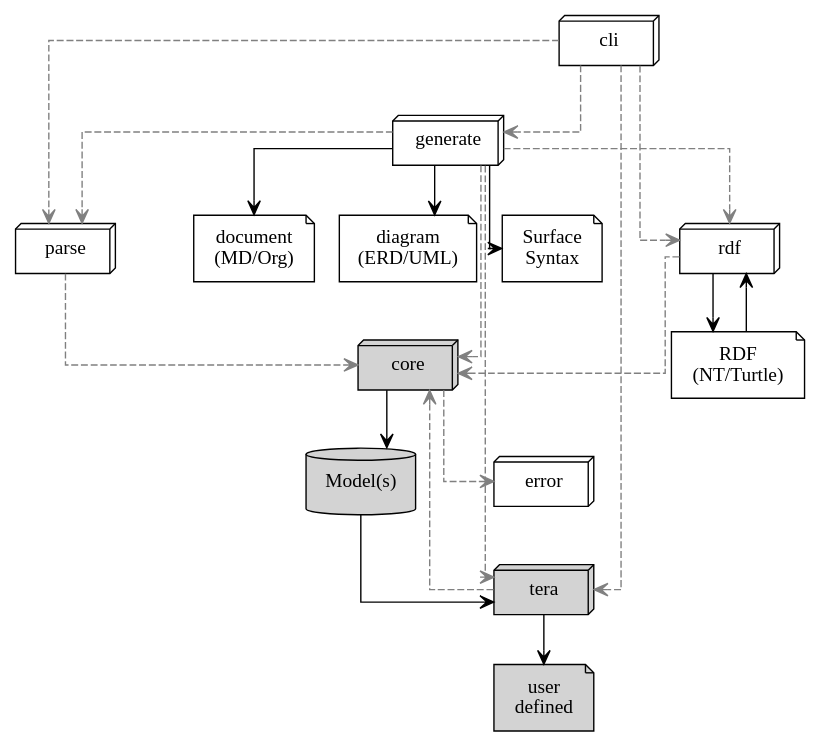
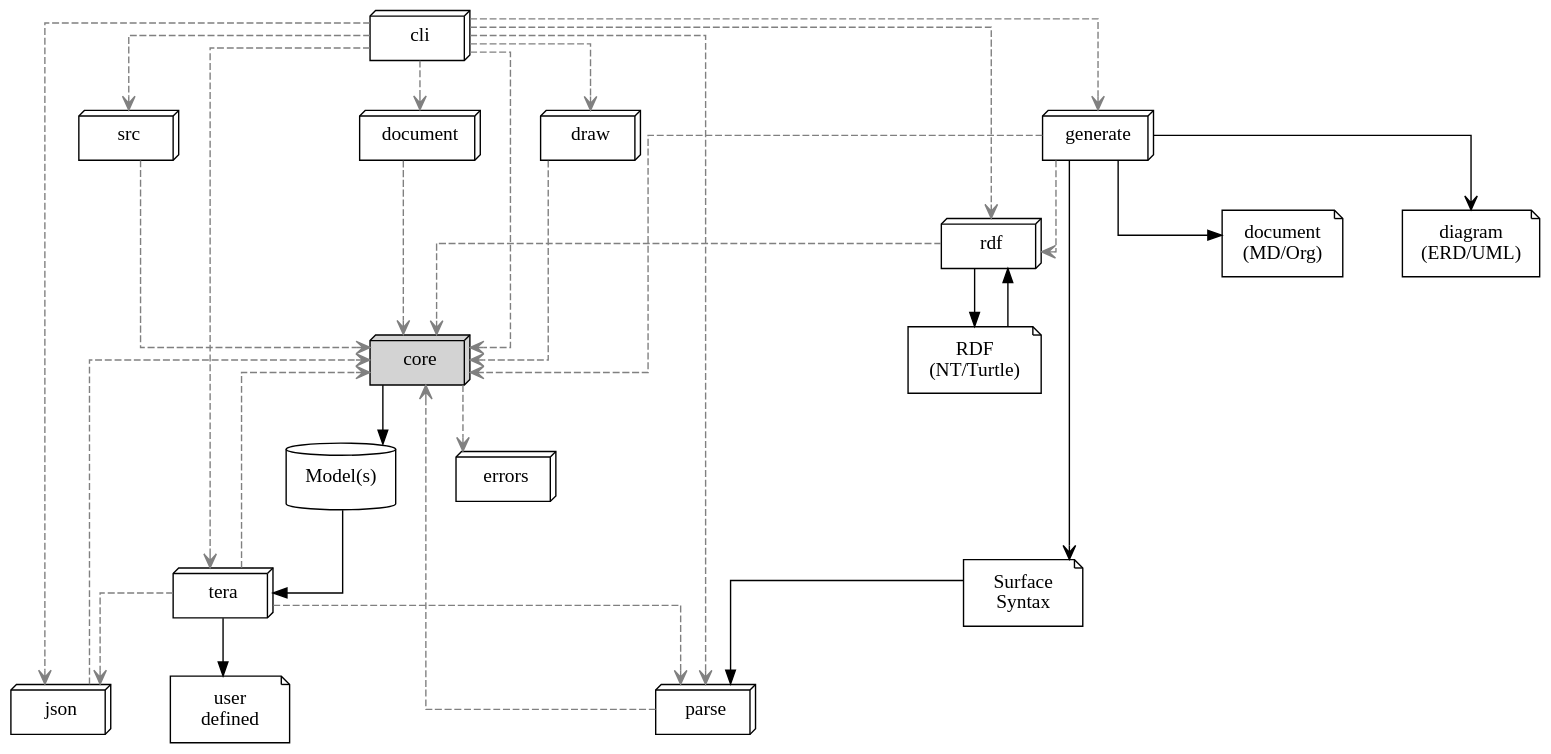
Before and after one commit to sdm-lang/rust-sdml: the diagram in doc/overview.dot, drawn with Graphviz. The commit also changed 13 other files, not shown here.

```diff
--- a/doc/overview.dot
+++ b/doc/overview.dot
@@ -1,49 +1,65 @@
 digraph G {
-  splines="ortho";
+    bgcolor="transparent";
+    rankdir="TD";
+    nodesep=0.6;
+    ranksep=0.5;
+    splines="ortho";
 
-  node [shape="box3d"; width=1.0];
-       // [style="filled"; fillcolor="lightgray"]
-  edge [arrowhead="vee"; style="dashed"; color="gray"]; 
-       // ; style="filled"; fillcolor="lightgray"
+    node [shape="box3d"; width=1.0];
+    // [style="filled"; fillcolor="lightgray"]
+    edge [arrowhead="vee"; style="dashed"; color="gray"];
+    // ; style="filled"; fillcolor="lightgray"
 
-  cli;
-  core [style="filled"; fillcolor="lightgray"];
-  error;
-  parse;
-  rdf;
-  generate;
-  tera [style="filled"; fillcolor="lightgray"];
+    cli;
+    core [style="filled"; fillcolor="lightgray"];
+    document;
+    draw;
+    errors;
+    generate;
+    json;
+    parse;
+    rdf;
+    src;
+    tera;
 
-  cli -> parse;
-  cli -> rdf;
-  cli -> generate;
-  cli -> tera
-  core -> error;
-  parse -> core;
-  rdf -> core;
-  generate -> core;
-  generate -> parse;
-  generate -> rdf;
-  generate -> tera;
-  tera -> core;
+    cli -> core;
+    cli -> document;
+    cli -> draw;
+    cli -> generate;
+    cli -> json;
+    cli -> parse;
+    cli -> rdf;
+    cli -> src;
+    cli -> tera
+    core -> errors;
+    document -> core;
+    draw -> core;
+    generate -> core;
+    generate -> rdf;
+    json -> core;
+    parse -> core;
+    rdf -> core;
+    src -> core;
+    tera -> core;
+    tera -> json;
+    tera -> parse;
 
-  sdml_source [label="Surface\nSyntax"; shape="note"; height=0.66];
-  rdf_source [label="RDF\n(NT/Turtle)"; shape="note"; height=0.66];
-  doc [label="document\n(MD/Org)"; shape="note"; height=0.66];
-  diagrams [label="diagram\n(ERD/UML)"; shape="note"; height=0.66];
-  other [label="user\ndefined"; shape="note"; height=0.66; style="filled"; fillcolor="lightgray"];
+    sdml_source [label="Surface\nSyntax"; shape="note"; width=1.2; height=0.66];
+    rdf_source [label="RDF\n(NT/Turtle)"; shape="note"; width=1.2; height=0.66];
+    doc [label="document\n(MD/Org)"; shape="note"; width=1.2; height=0.66];
+    diagrams [label="diagram\n(ERD/UML)"; shape="note";width=1.2; height=0.66];
+    other [label="user\ndefined"; shape="note"; width=1.2; height=0.66;];
+    model [label="Model(s)"; shape="cylinder"; width=1; height=0.66;];
 
-  model [label="Model(s)"; shape="cylinder"; height=0.66; style="filled"; fillcolor="lightgray"];
+    sdml_source -> parse [arrowhead="normal"; style="solid"; color="black"];
+    generate -> sdml_source [style="solid"; color="black"];
 
-  //sdml_source -> parse [style="solid"; color="black"];
-  generate -> sdml_source [style="solid"; color="black"];
+    rdf_source -> rdf [arrowhead="normal"; style="solid"; color="black"];
+    rdf -> rdf_source [arrowhead="normal"; style="solid"; color="black"];
+    generate -> doc [arrowhead="normal"; style="solid"; color="black"];
+    generate -> diagrams [style="solid"; color="black"];
 
-  rdf_source -> rdf [style="solid"; color="black"];
-  rdf -> rdf_source [style="solid"; color="black"];
-  generate -> doc [style="solid"; color="black"];
-  generate -> diagrams [style="solid"; color="black"];
-
-  core -> model [style="solid"; color="black"];
-  model -> tera [style="solid"; color="black"];
-  tera -> other [style="solid"; color="black"];
+    core -> model [arrowhead="normal"; style="solid"; color="black"];
+    model -> tera [arrowhead="normal"; style="solid"; color="black"];
+    tera -> other [arrowhead="normal"; style="solid"; color="black"];
 }
```
